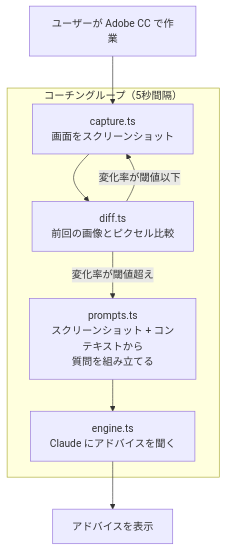
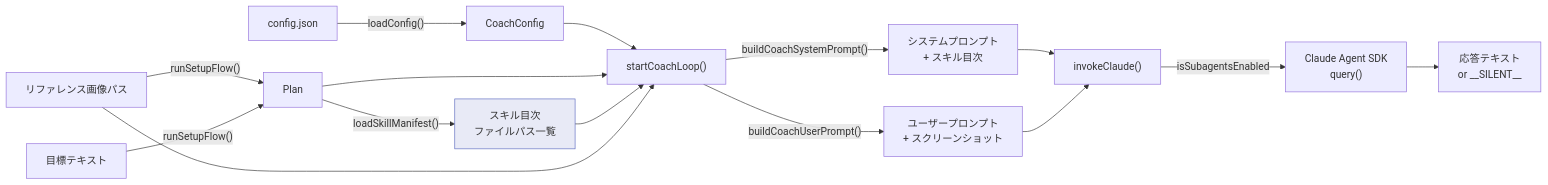
The third of 16 diagrams in docs/architecture.md (yukaorange/dcc_suport), drawn with Mermaid before and after one commit. The commit also changed other lines of this file and 7 other files, not shown here.

````diff
--- a/docs/architecture.md
+++ b/docs/architecture.md
@@ -9,20 +115,24 @@
 ```mermaid
-flowchart TD
-    User["ユーザーが Adobe CC で作業"]
+flowchart LR
+    Config["config.json"] -->|"loadConfig()"| CoachConfig["CoachConfig"]
+    Ref["リファレンス画像パス"] -->|"runSetupFlow()"| Plan["Plan"]
+    Goal["目標テキスト"] -->|"runSetupFlow()"| Plan
 
-    User --> Capture
+    Plan -->|"loadSkillManifest()"| Manifest["スキル目次<br>ファイルパス一覧"]:::dcc7
 
-    subgraph loop["コーチングループ（5秒間隔）"]
-        Capture["capture.ts<br/>画面をスクリーンショット"]
-        Diff["diff.ts<br/>前回の画像とピクセル比較"]
-        Prompts["prompts.ts<br/>スクリーンショット + コンテキストから<br/>質問を組み立てる"]
-        Engine["engine.ts<br/>Claude にアドバイスを聞く"]
+    CoachConfig --> Loop["startCoachLoop()"]
+    Plan --> Loop
+    Manifest --> Loop
+    Ref --> Loop
 
-        Capture --> Diff
-        Diff -- "変化率が閾値以下" --> Capture
-        Diff -- "変化率が閾値超え" --> Prompts
-        Prompts --> Engine
-    end
+    Loop -->|"buildCoachSystemPrompt()"| SysPrompt["システムプロンプト<br>+ スキル目次"]
+    Loop -->|"buildCoachUserPrompt()"| UserPrompt["ユーザープロンプト<br>+ スクリーンショット"]
 
-    Engine --> Advice["アドバイスを表示"]
+    SysPrompt --> Engine["invokeClaude()"]
+    UserPrompt --> Engine
+
+    Engine -->|"isSubagentsEnabled"| SDK["Claude Agent SDK<br>query()"]
+    SDK --> Result["応答テキスト<br>or __SILENT__"]
+
+    classDef dcc7 fill:#e8eaf6,stroke:#5c6bc0
 ```
````
